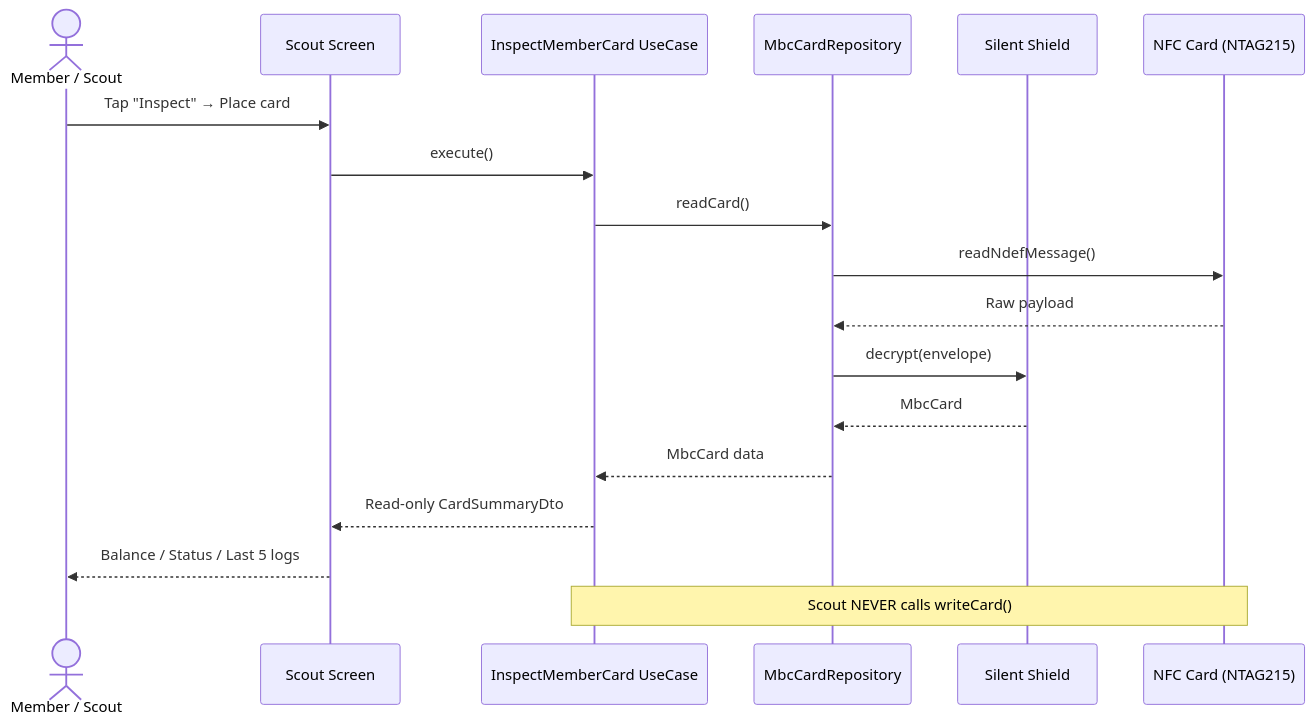
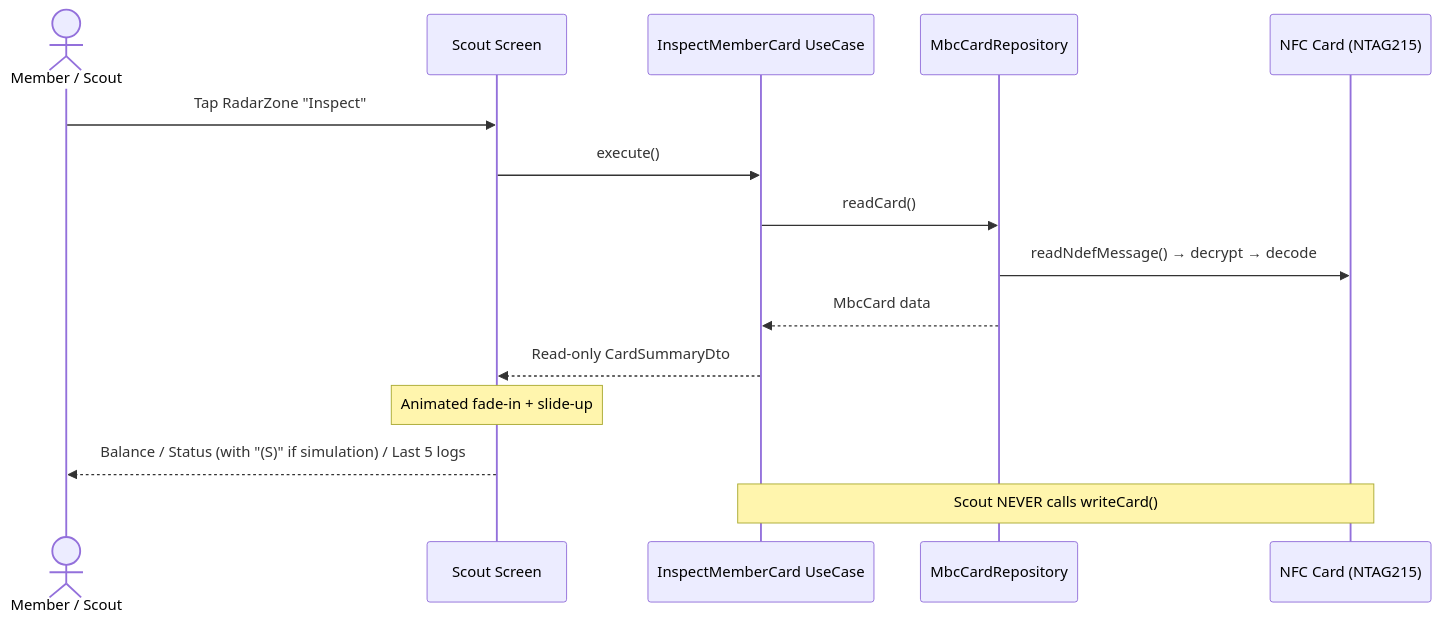
The seventh of 16 diagrams in docs/PRESENTATION.md (Schitzos/mbc-nfc), drawn with Mermaid before and after one commit. The commit also changed other lines of this file and 1 other file, not shown here.

First line of the commit message:
docs: align PRESENTATION.md with current codebase, remove duplicate slide outline

````diff
--- a/docs/PRESENTATION.md
+++ b/docs/PRESENTATION.md
@@ -279,21 +321,18 @@
 ```mermaid
 sequenceDiagram
     actor Member as Member / Scout
     participant UI as Scout Screen
     participant UC as InspectMemberCard UseCase
     participant Repo as MbcCardRepository
-    participant Shield as Silent Shield
     participant Card as NFC Card (NTAG215)
 
-    Member->>UI: Tap "Inspect" → Place card
+    Member->>UI: Tap RadarZone "Inspect"
     UI->>UC: execute()
     UC->>Repo: readCard()
-    Repo->>Card: readNdefMessage()
-    Card-->>Repo: Raw payload
-    Repo->>Shield: decrypt(envelope)
-    Shield-->>Repo: MbcCard
+    Repo->>Card: readNdefMessage() → decrypt → decode
     Repo-->>UC: MbcCard data
     UC-->>UI: Read-only CardSummaryDto
-    UI-->>Member: Balance / Status / Last 5 logs
+    Note over UI: Animated fade-in + slide-up
+    UI-->>Member: Balance / Status (with "(S)" if simulation) / Last 5 logs
     Note over UC,Card: Scout NEVER calls writeCard()
 ```
````
